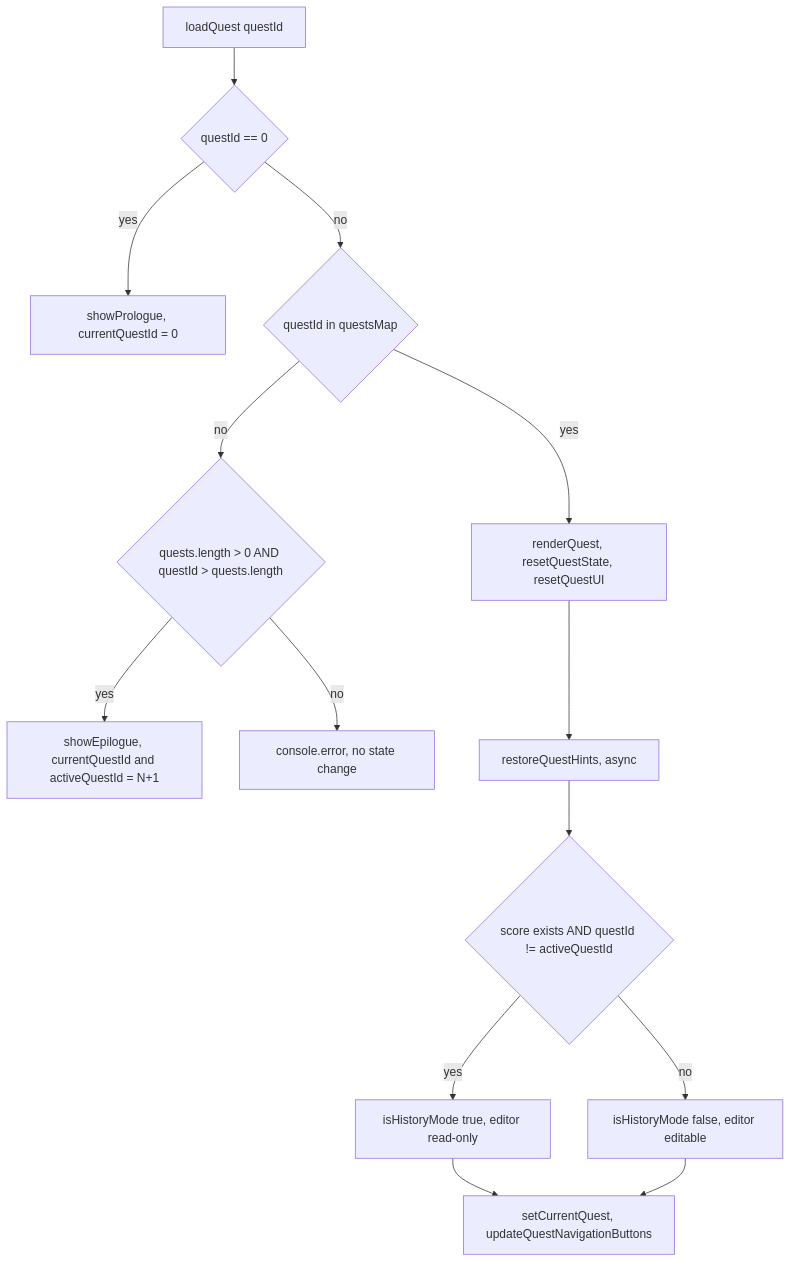
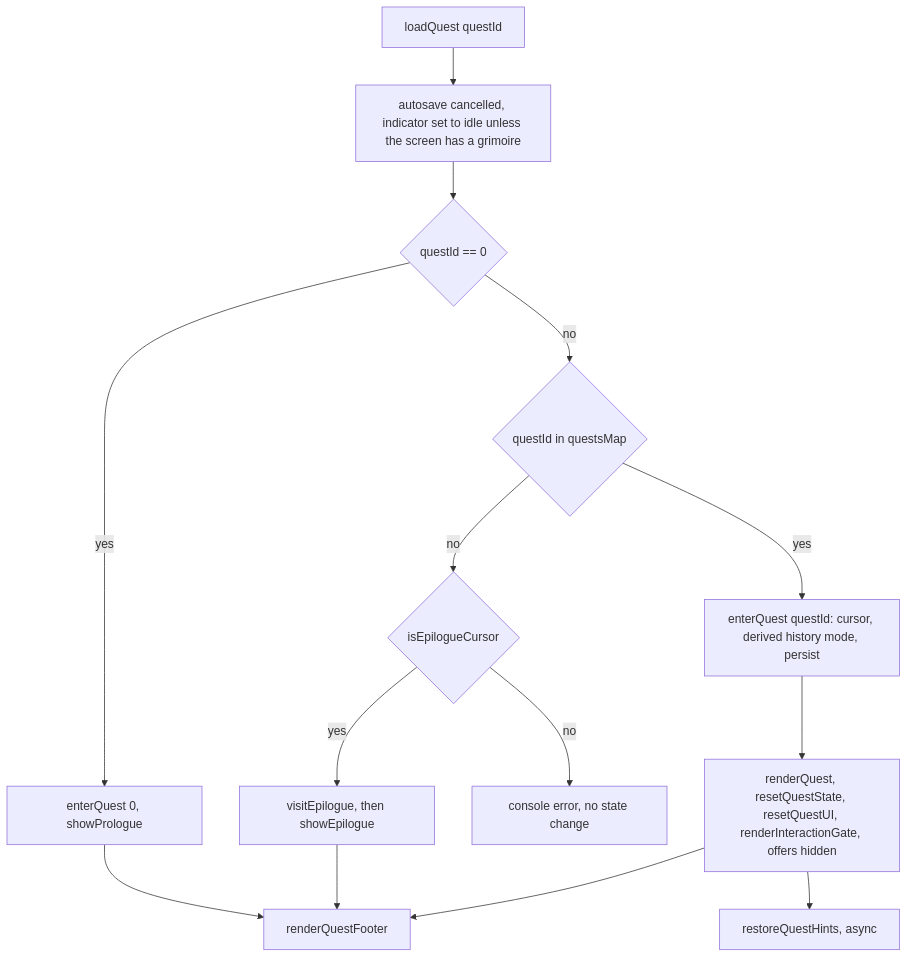
Before and after one commit to ghmer/rego-adventure: the fifth of 46 diagrams in docu/state-machines.md, drawn with Mermaid. The commit also changed other lines of this file and 77 other files, not shown here.

````diff
--- a/docu/state-machines.md
+++ b/docu/state-machines.md
@@ -266,16 +304,16 @@
 ```mermaid
 flowchart TD
-    A[loadQuest questId] --> B{questId == 0}
-    B -- yes --> P[showPrologue, currentQuestId = 0]
+    A[loadQuest questId] --> A1[autosave cancelled, indicator set to idle unless the screen has a grimoire]
+    A1 --> B{questId == 0}
+    B -- yes --> P[enterQuest 0, showPrologue]
     B -- no --> C{questId in questsMap}
-    C -- no --> D{quests.length > 0 AND questId > quests.length}
-    D -- yes --> E[showEpilogue, currentQuestId and activeQuestId = N+1]
-    D -- no --> F[console.error, no state change]
-    C -- yes --> G[renderQuest, resetQuestState, resetQuestUI]
-    G --> H[restoreQuestHints, async]
-    H --> I{score exists AND questId != activeQuestId}
-    I -- yes --> J[isHistoryMode true, editor read-only]
-    I -- no --> K[isHistoryMode false, editor editable]
-    J --> L[setCurrentQuest, updateQuestNavigationButtons]
-    K --> L
+    C -- no --> D{isEpilogueCursor}
+    D -- yes --> E[visitEpilogue, then showEpilogue]
+    D -- no --> F[console error, no state change]
+    C -- yes --> G[enterQuest questId: cursor, derived history mode, persist]
+    G --> H[renderQuest, resetQuestState, resetQuestUI, renderInteractionGate, offers hidden]
+    H --> I[restoreQuestHints, async]
+    P --> Z[renderQuestFooter]
+    E --> Z
+    H --> Z
 ```
````
